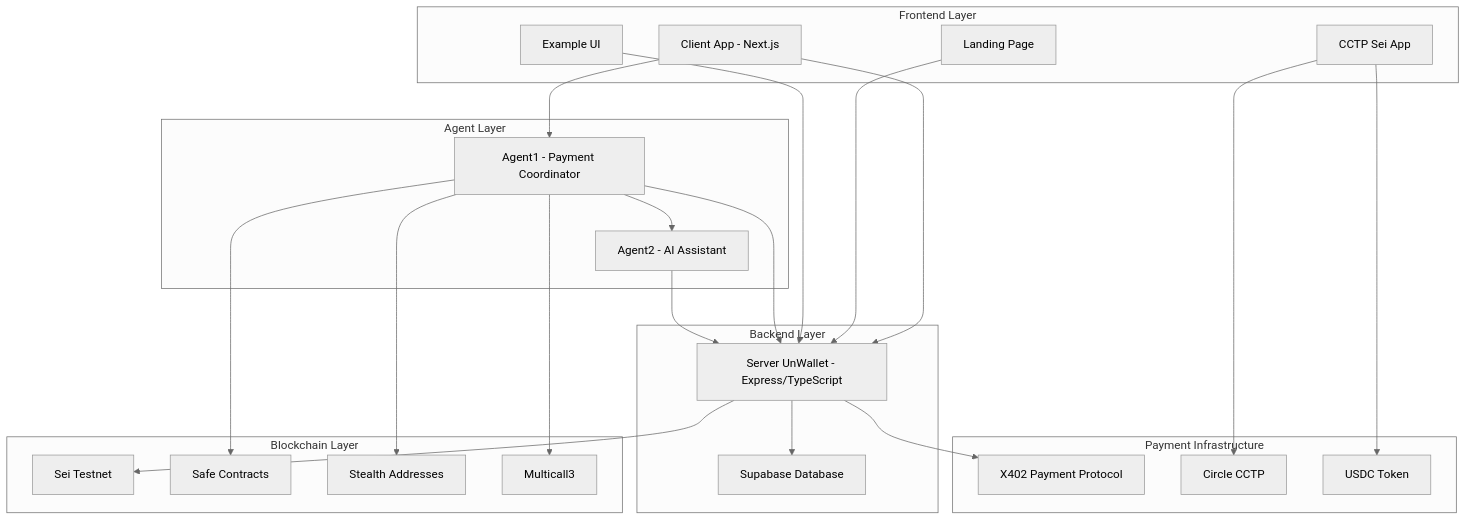
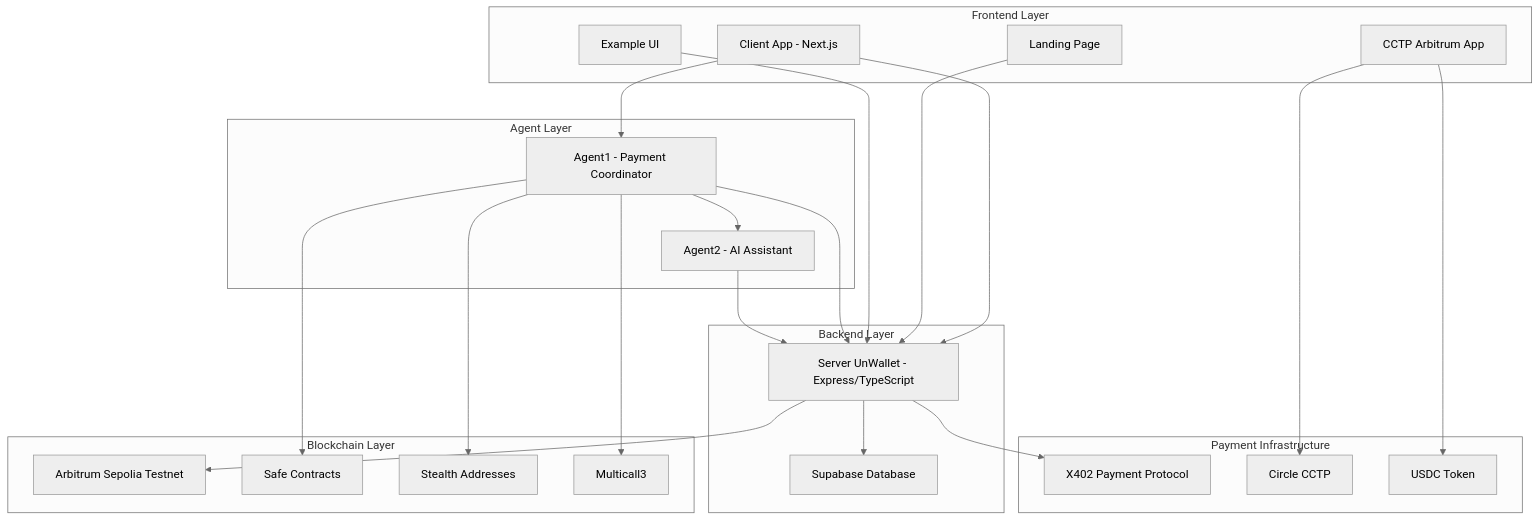
Before and after one commit to 0xunwallet/unwallet: the first of 5 diagrams in README.md, drawn with Mermaid (neutral theme). The commit also changed other lines of this file, not shown here.

Commit message:
Revise README for Arbitrum integration and cleanup

````diff
--- a/README.md
+++ b/README.md
@@ -7,48 +7,48 @@
 ```mermaid
 graph TB
     subgraph "Frontend Layer"
         A[Client App - Next.js]
         B[Landing Page]
         C[Example UI]
-        D[CCTP Sei App]
+        D[CCTP Arbitrum App]
     end
     
     subgraph "Agent Layer"
         E[Agent1 - Payment Coordinator]
         F[Agent2 - AI Assistant]
     end
     
     subgraph "Backend Layer"
         G[Server UnWallet - Express/TypeScript]
         H[Supabase Database]
     end
     
     subgraph "Blockchain Layer"
-        I[Sei Testnet]
+        I[Arbitrum Sepolia Testnet]
         J[Safe Contracts]
         K[Stealth Addresses]
         L[Multicall3]
     end
     
     subgraph "Payment Infrastructure"
         M[X402 Payment Protocol]
         N[Circle CCTP]
         O[USDC Token]
     end
     
     A --> E
     A --> G
     B --> G
     C --> G
     D --> N
     E --> F
     E --> G
     F --> G
     G --> H
     G --> I
     E --> J
     E --> K
     E --> L
     G --> M
     D --> O
 ```
````
